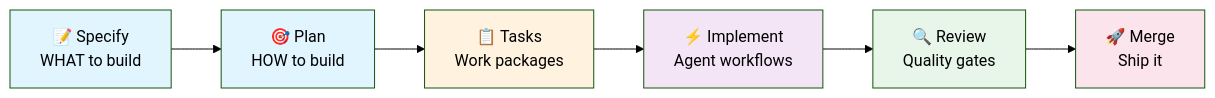
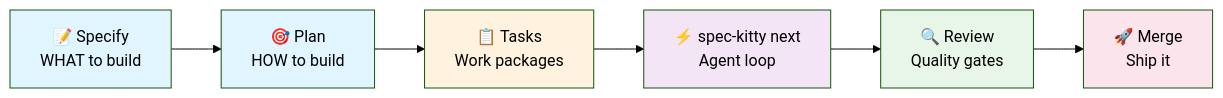
One commit to Priivacy-ai/spec-kitty changed the first of 4 diagrams in README.md. Above: the diagram before and after it, drawn with Mermaid (forest theme). The commit also changed other lines of this file and 16 other files, not shown here.

First line of the commit message:
docs(WP06): de-emphasize spec-kitty implement — update README, templates, docs to name spec-kitty next as canonical (FR-501..FR-506)

````diff
--- a/README.md
+++ b/README.md
@@ -66,15 +66,15 @@
 ```mermaid
 graph LR
     A[📝 Specify<br/>WHAT to build] --> B[🎯 Plan<br/>HOW to build]
     B --> C[📋 Tasks<br/>Work packages]
-    C --> D[⚡ Implement<br/>Agent workflows]
+    C --> D[⚡ spec-kitty next<br/>Agent loop]
     D --> E[🔍 Review<br/>Quality gates]
     E --> F[🚀 Merge<br/>Ship it]
 
     style A fill:#e1f5ff
     style B fill:#e1f5ff
     style C fill:#fff3e0
     style D fill:#f3e5f5
     style E fill:#e8f5e9
     style F fill:#fce4ec
 ```
````
